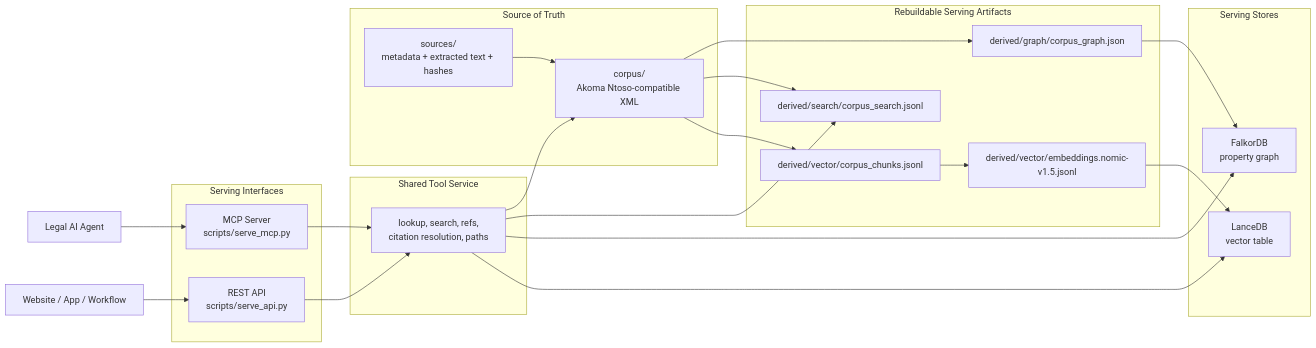
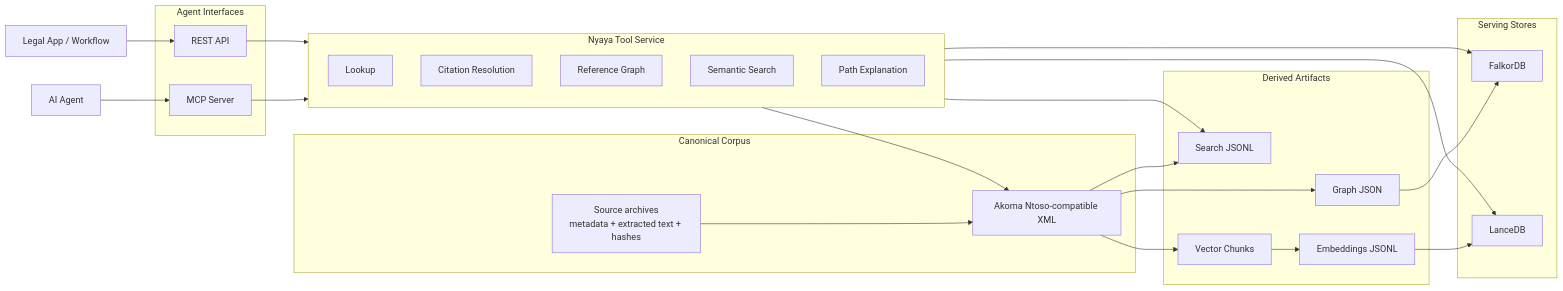
One commit to shikharpant/nyaya-ledger changed the first of 2 diagrams in README.md. Above: the diagram before and after it, drawn with Mermaid. The commit also changed other lines of this file, not shown here.

````diff
--- a/README.md
+++ b/README.md
@@ -99,46 +149,46 @@
 ```mermaid
 flowchart LR
-    Agent["Legal AI Agent"]
-    App["Website / App / Workflow"]
+    Agent["AI Agent"]
+    App["Legal App / Workflow"]
 
-    subgraph Interfaces["Serving Interfaces"]
-        MCP["MCP Server<br/>scripts/serve_mcp.py"]
-        REST["REST API<br/>scripts/serve_api.py"]
+    subgraph Interfaces["Agent Interfaces"]
+        MCP["MCP Server"]
+        REST["REST API"]
     end
 
-    subgraph Service["Shared Tool Service"]
-        TOOLS["lookup, search, refs,<br/>citation resolution, paths"]
+    subgraph Tools["Nyaya Tool Service"]
+        LOOKUP["Lookup"]
+        CITE["Citation Resolution"]
+        GRAPH["Reference Graph"]
+        SEM["Semantic Search"]
+        PATH["Path Explanation"]
     end
 
-    subgraph Truth["Source of Truth"]
-        XML["corpus/<br/>Akoma Ntoso-compatible XML"]
-        SOURCE["sources/<br/>metadata + extracted text + hashes"]
+    subgraph Canonical["Canonical Corpus"]
+        XML["Akoma Ntoso-compatible XML"]
+        SRC["Source archives<br/>metadata + extracted text + hashes"]
     end
 
-    subgraph Derived["Rebuildable Serving Artifacts"]
-        GRAPHJSON["derived/graph/corpus_graph.json"]
-        SEARCH["derived/search/corpus_search.jsonl"]
-        CHUNKS["derived/vector/corpus_chunks.jsonl"]
-        EMBED["derived/vector/embeddings.nomic-v1.5.jsonl"]
+    subgraph Derived["Derived Artifacts"]
+        GJSON["Graph JSON"]
+        SEARCH["Search JSONL"]
+        CHUNKS["Vector Chunks"]
+        EMBED["Embeddings JSONL"]
     end
 
     subgraph Stores["Serving Stores"]
-        FALKOR["FalkorDB<br/>property graph"]
-        LANCE["LanceDB<br/>vector table"]
+        FALKOR["FalkorDB"]
+        LANCE["LanceDB"]
     end
 
-    Agent --> MCP
-    App --> REST
-    MCP --> TOOLS
-    REST --> TOOLS
-    TOOLS --> XML
-    TOOLS --> SEARCH
-    TOOLS --> FALKOR
-    TOOLS --> LANCE
-    XML --> GRAPHJSON
+    Agent --> MCP --> Tools
+    App --> REST --> Tools
+    Tools --> XML
+    Tools --> SEARCH
+    Tools --> FALKOR
+    Tools --> LANCE
+    SRC --> XML
+    XML --> GJSON --> FALKOR
     XML --> SEARCH
-    XML --> CHUNKS
-    SOURCE --> XML
-    GRAPHJSON --> FALKOR
-    CHUNKS --> EMBED --> LANCE
+    XML --> CHUNKS --> EMBED --> LANCE
 ```
````
